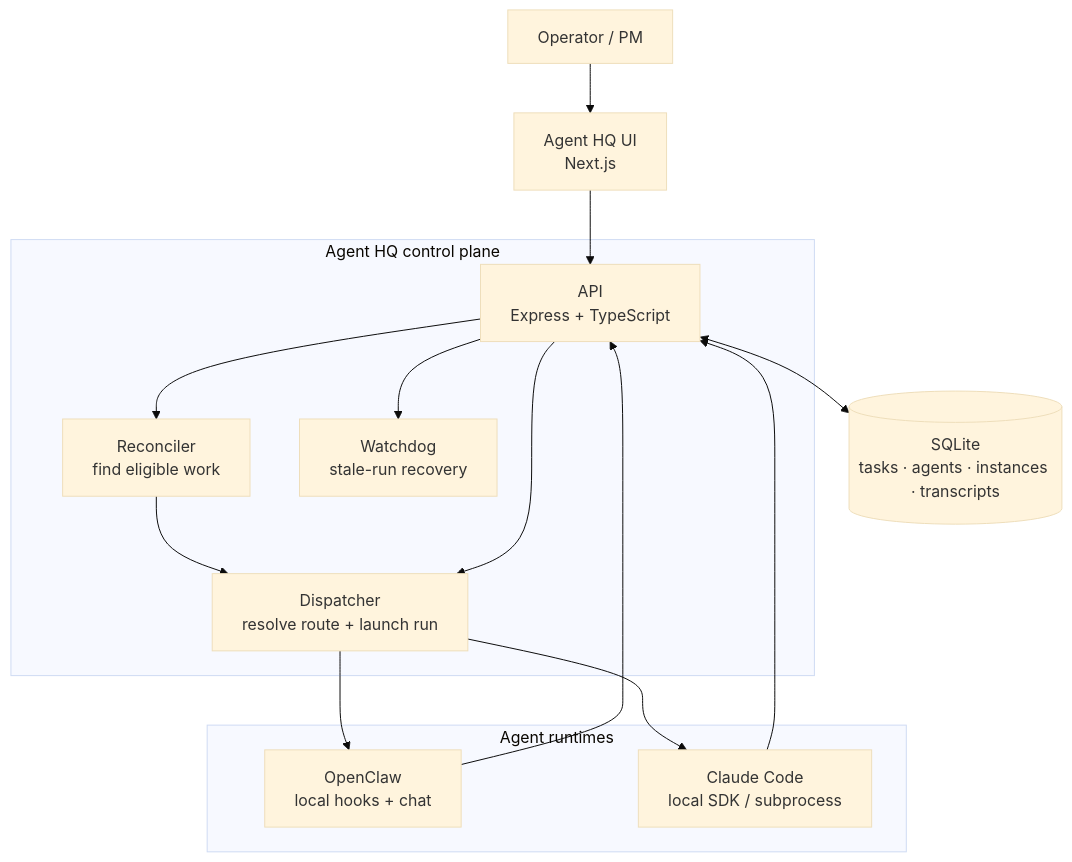
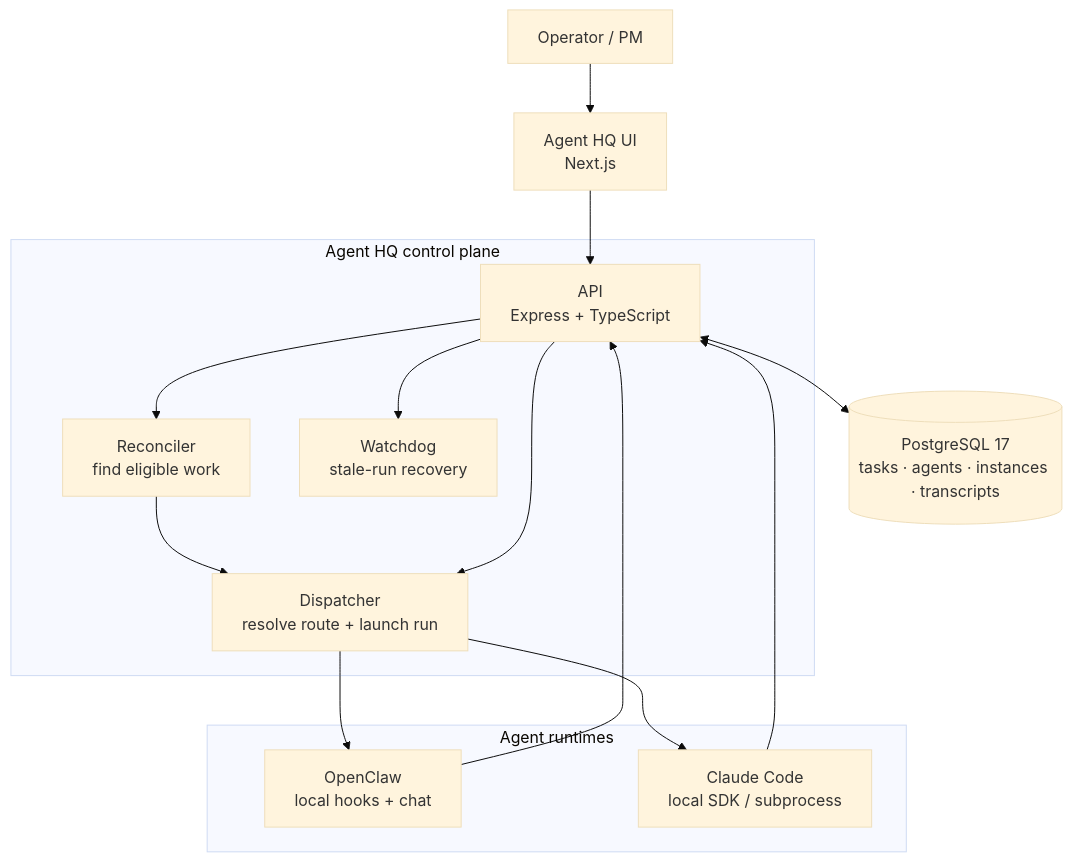
One commit to nordinit/agent-hq changed the first of 2 diagrams in docs/ARCHITECTURE_OVERVIEW.md. Above: the diagram before and after it, drawn with Mermaid (base theme). The commit also changed other lines of this file and 301 other files, not shown here.

Commit message:
Complete PostgreSQL-only migration

````diff
--- a/docs/ARCHITECTURE_OVERVIEW.md
+++ b/docs/ARCHITECTURE_OVERVIEW.md
@@ -7,31 +7,31 @@
 ```mermaid
 flowchart TB
     Human["Operator / PM"]
     UI["Agent HQ UI<br/>Next.js"]
 
     subgraph Control["Agent HQ control plane"]
       API["API<br/>Express + TypeScript"]
       Reconciler["Reconciler<br/>find eligible work"]
       Dispatcher["Dispatcher<br/>resolve route + launch run"]
       Watchdog["Watchdog<br/>stale-run recovery"]
     end
 
-    DB[("SQLite<br/>tasks · agents · instances · transcripts")]
+    DB[("PostgreSQL 17<br/>tasks · agents · instances · transcripts")]
 
     subgraph Runtimes["Agent runtimes"]
       OpenClaw["OpenClaw<br/>local hooks + chat"]
       Claude["Claude Code<br/>local SDK / subprocess"]
     end
 
     Human --> UI
     UI --> API
     API <--> DB
     API --> Reconciler
     Reconciler --> Dispatcher
     API --> Dispatcher
     API --> Watchdog
     Dispatcher --> OpenClaw
     Dispatcher --> Claude
     OpenClaw --> API
     Claude --> API
 ```
````
